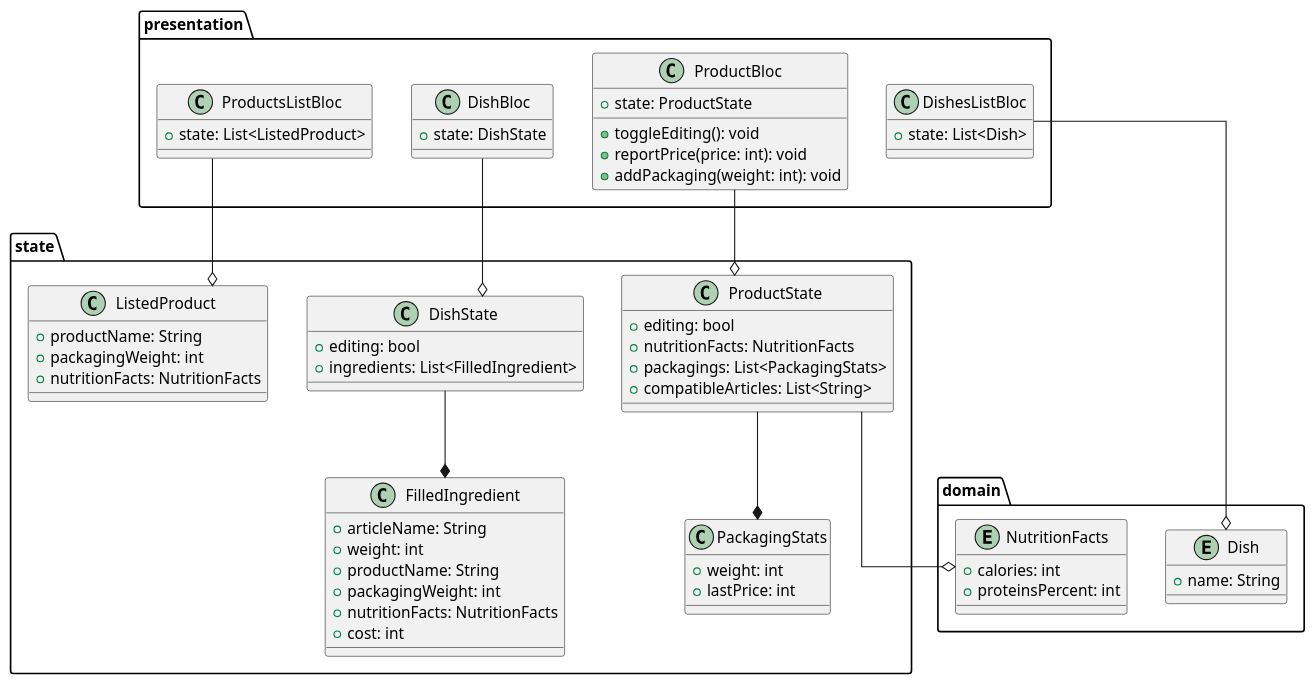
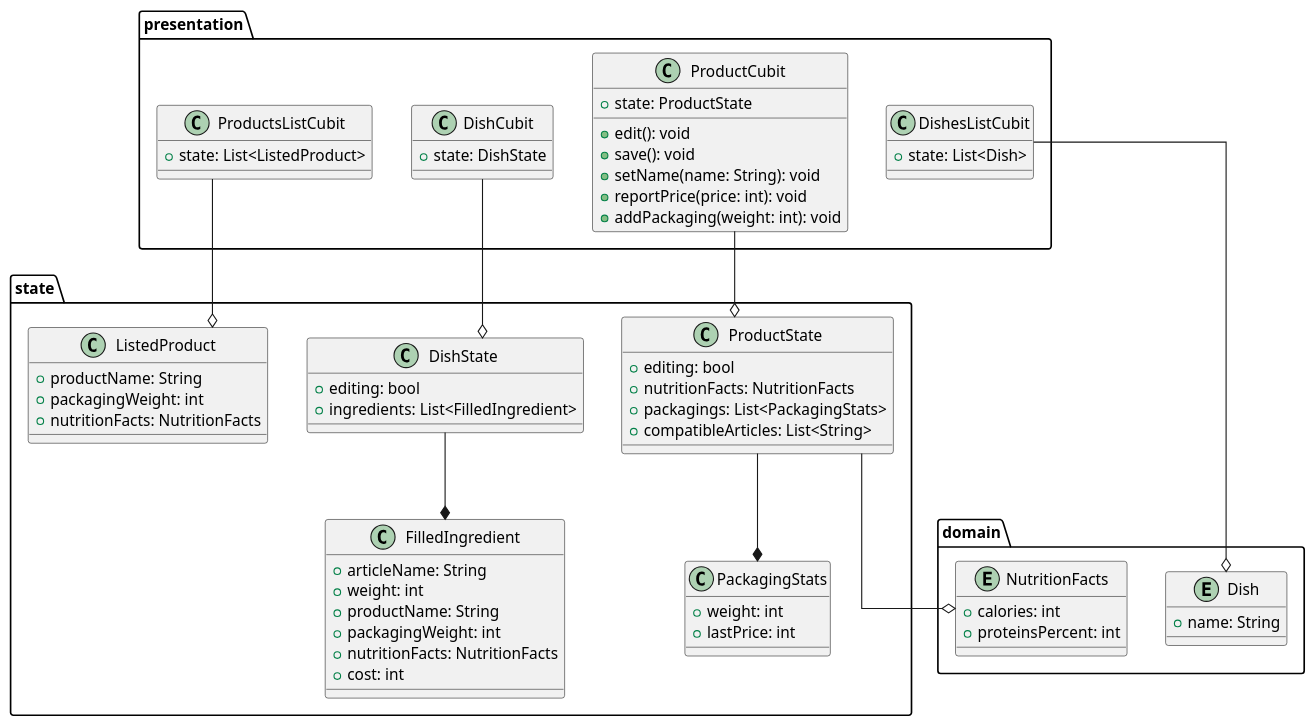
One commit to lburzak/flexeat changed the diagram in uml.puml. Above: the diagram before and after it, drawn with PlantUML. The commit also changed 9 other files, not shown here.

```diff
--- a/uml.puml
+++ b/uml.puml
@@ -1,79 +1,81 @@
 @startuml flexeat-uml
 skinparam linetype ortho
 
 package state {
     class DishState {
         +editing: bool
         +ingredients: List<FilledIngredient>
     }
 
     class ProductState {
         +editing: bool
         +nutritionFacts: NutritionFacts
         +packagings: List<PackagingStats>
         +compatibleArticles: List<String>
     }
 
     class FilledIngredient {
         +articleName: String
         +weight: int
         +productName: String
         +packagingWeight: int
         +nutritionFacts: NutritionFacts
         +cost: int
     }
 
     class ListedProduct {
         +productName: String
         +packagingWeight: int
         +nutritionFacts: NutritionFacts
     }
 
     class PackagingStats {
         +weight: int
         +lastPrice: int
     }
 
     DishState --* FilledIngredient
     ProductState --* PackagingStats
 }
 
 package presentation {
-    class DishesListBloc {
-    +state: List<Dish>
+    class DishesListCubit {
+        +state: List<Dish>
     }
 
-    class DishBloc {
+    class DishCubit {
         +state: DishState
     }
 
-    class ProductsListBloc {
+    class ProductsListCubit {
         +state: List<ListedProduct>
     }
 
-    class ProductBloc {
+    class ProductCubit {
         +state: ProductState
-        +toggleEditing(): void
+        +edit(): void
+        +save(): void
+        +setName(name: String): void
         +reportPrice(price: int): void
         +addPackaging(weight: int): void
     }
     
-    DishBloc --o DishState
-    ProductsListBloc --o ListedProduct
-    ProductBloc --o ProductState
+    DishCubit --o DishState
+    ProductsListCubit --o ListedProduct
+    ProductCubit --o ProductState
 }
 
 package domain {
     entity NutritionFacts {
         +calories: int
         +proteinsPercent: int
     }
     
     entity Dish {
         +name: String
     }
 }
 
-DishesListBloc --o Dish
+DishesListCubit --o Dish
 ProductState --o NutritionFacts
 @enduml
```
